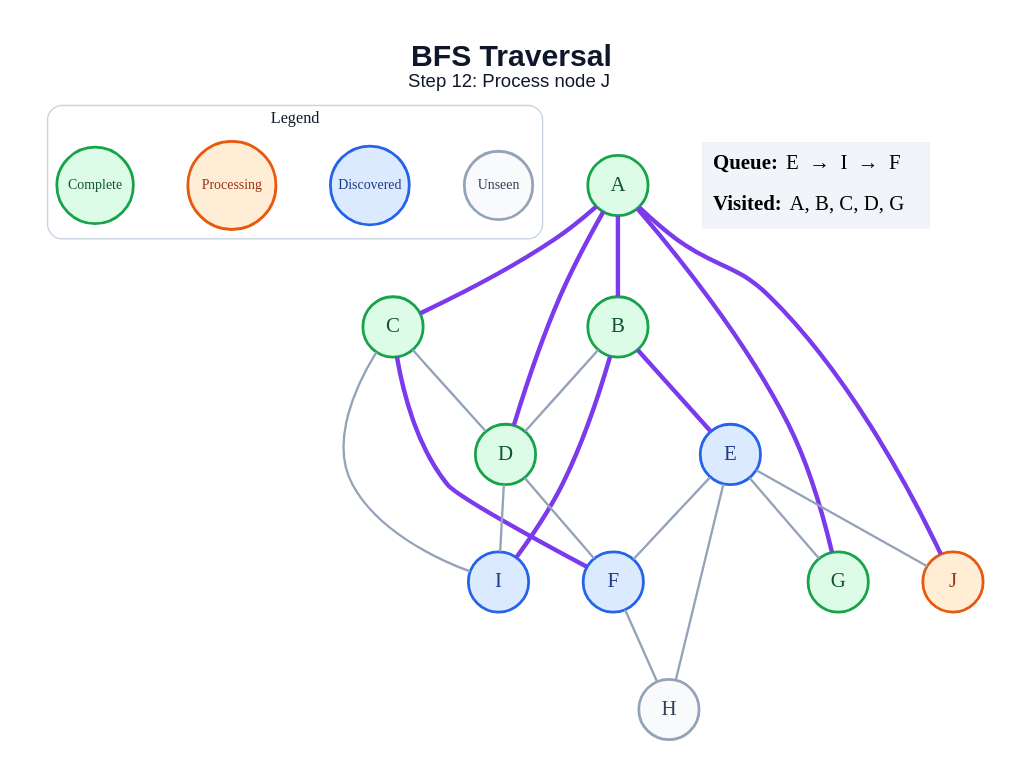
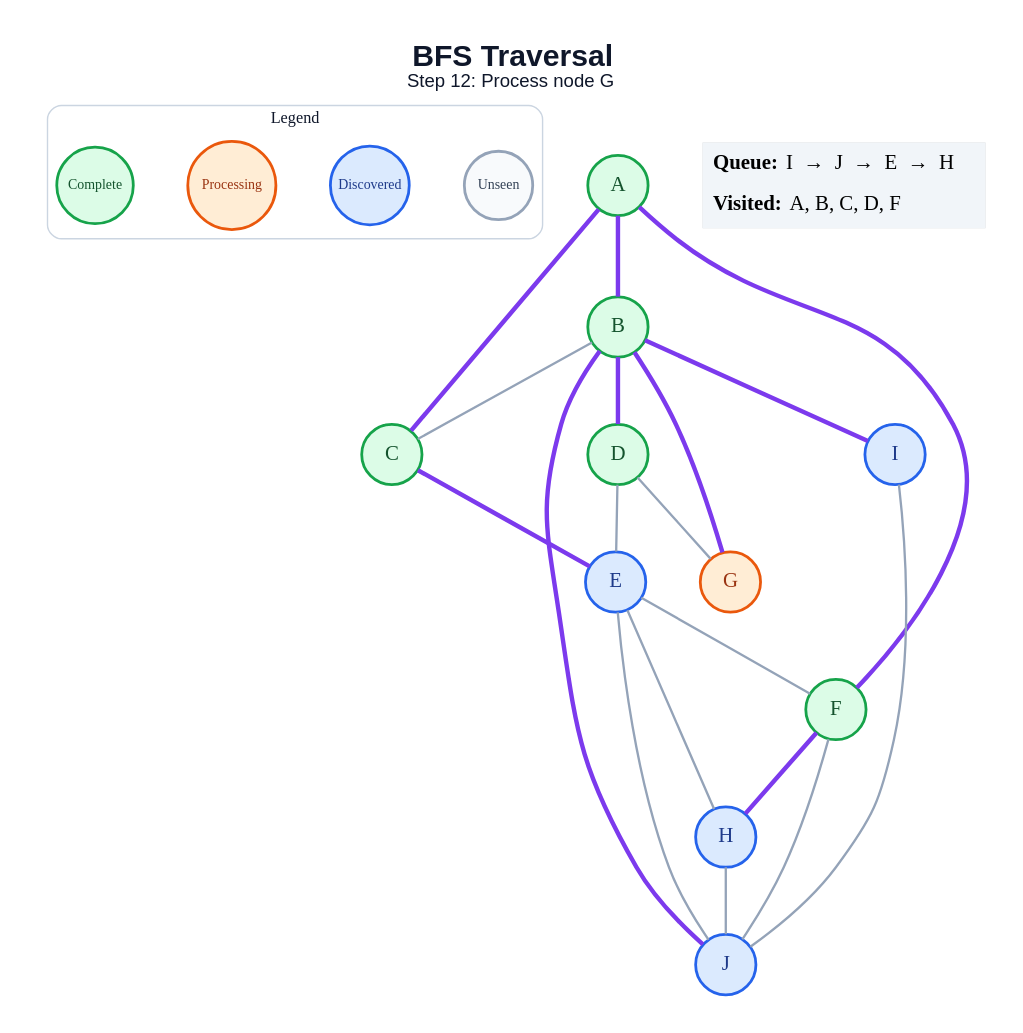
Before and after one commit to amanghodawala9/ai-slop: the diagram in generated/bfs/step_12.dot, drawn with Graphviz. The commit also changed 178 other files, not shown here.

```diff
--- a/generated/bfs/step_12.dot
+++ b/generated/bfs/step_12.dot
@@ -1,47 +1,47 @@
 graph traversal {
   graph [layout=dot, rankdir=TB, bgcolor="#FFFFFF", pad="0.35", nodesep="0.65", ranksep="0.8", fontname="Arial"];
   node [shape=circle, style="filled", fontname="Arial Bold", fontsize=18, width=0.72, fixedsize=true, penwidth=2.4];
   edge [color="#94A3B8", penwidth=2.0];
-  label=<<B>BFS Traversal</B><BR/><FONT POINT-SIZE="16">Step 12: Process node J</FONT>>; labelloc="t"; fontsize=26; fontname="Arial"; fontcolor="#0F172A";
+  label=<<B>BFS Traversal</B><BR/><FONT POINT-SIZE="16">Step 12: Process node G</FONT>>; labelloc="t"; fontsize=26; fontname="Arial"; fontcolor="#0F172A";
   subgraph cluster_legend { label="Legend"; color="#CBD5E1"; penwidth=1.2; style="rounded"; fontsize=14; fontname="Arial Bold";
     key_unseen [label="Unseen", fillcolor="#F8FAFC", color="#94A3B8", fontcolor="#334155", fontsize=12, width=0.82];
     key_frontier [label="Discovered", fillcolor="#DBEAFE", color="#2563EB", fontcolor="#1E3A8A", fontsize=12, width=0.95];
     key_current [label="Processing", fillcolor="#FFEDD5", color="#EA580C", fontcolor="#9A3412", fontsize=12, width=1.05];
     key_done [label="Complete", fillcolor="#DCFCE7", color="#16A34A", fontcolor="#14532D", fontsize=12, width=0.92];
     { rank=same; key_unseen; key_frontier; key_current; key_done; }
   }
   A [fillcolor="#DCFCE7", color="#16A34A", fontcolor="#14532D"];
   B [fillcolor="#DCFCE7", color="#16A34A", fontcolor="#14532D"];
   C [fillcolor="#DCFCE7", color="#16A34A", fontcolor="#14532D"];
   D [fillcolor="#DCFCE7", color="#16A34A", fontcolor="#14532D"];
   E [fillcolor="#DBEAFE", color="#2563EB", fontcolor="#1E3A8A"];
-  F [fillcolor="#DBEAFE", color="#2563EB", fontcolor="#1E3A8A"];
-  G [fillcolor="#DCFCE7", color="#16A34A", fontcolor="#14532D"];
-  H [fillcolor="#F8FAFC", color="#94A3B8", fontcolor="#334155"];
+  F [fillcolor="#DCFCE7", color="#16A34A", fontcolor="#14532D"];
+  G [fillcolor="#FFEDD5", color="#EA580C", fontcolor="#9A3412"];
+  H [fillcolor="#DBEAFE", color="#2563EB", fontcolor="#1E3A8A"];
   I [fillcolor="#DBEAFE", color="#2563EB", fontcolor="#1E3A8A"];
-  J [fillcolor="#FFEDD5", color="#EA580C", fontcolor="#9A3412"];
+  J [fillcolor="#DBEAFE", color="#2563EB", fontcolor="#1E3A8A"];
   A -- B [color="#7C3AED", penwidth=3.8];
   A -- C [color="#7C3AED", penwidth=3.8];
-  A -- D [color="#7C3AED", penwidth=3.8];
-  A -- G [color="#7C3AED", penwidth=3.8];
-  A -- J [color="#7C3AED", penwidth=3.8];
-  B -- D;
-  B -- E [color="#7C3AED", penwidth=3.8];
+  A -- F [color="#7C3AED", penwidth=3.8];
+  B -- C;
+  B -- D [color="#7C3AED", penwidth=3.8];
+  B -- G [color="#7C3AED", penwidth=3.8];
   B -- I [color="#7C3AED", penwidth=3.8];
-  C -- D;
-  C -- F [color="#7C3AED", penwidth=3.8];
-  C -- I;
-  D -- F;
-  D -- I;
+  B -- J [color="#7C3AED", penwidth=3.8];
+  C -- E [color="#7C3AED", penwidth=3.8];
+  D -- E;
+  D -- G;
   E -- F;
-  E -- G;
   E -- H;
   E -- J;
-  F -- H;
+  F -- H [color="#7C3AED", penwidth=3.8];
+  F -- J;
+  H -- J;
+  I -- J;
   status [shape=plain, fixedsize=false, width=0, height=0, margin=0, label=<
     <TABLE BORDER="0" CELLBORDER="0" CELLPADDING="7" BGCOLOR="#F1F5F9">
-      <TR><TD ALIGN="LEFT"><B>Queue:</B> E  →  I  →  F</TD></TR>
-      <TR><TD ALIGN="LEFT"><B>Visited:</B> A, B, C, D, G</TD></TR>
+      <TR><TD ALIGN="LEFT"><B>Queue:</B> I  →  J  →  E  →  H</TD></TR>
+      <TR><TD ALIGN="LEFT"><B>Visited:</B> A, B, C, D, F</TD></TR>
     </TABLE>
   >];
 }
```
